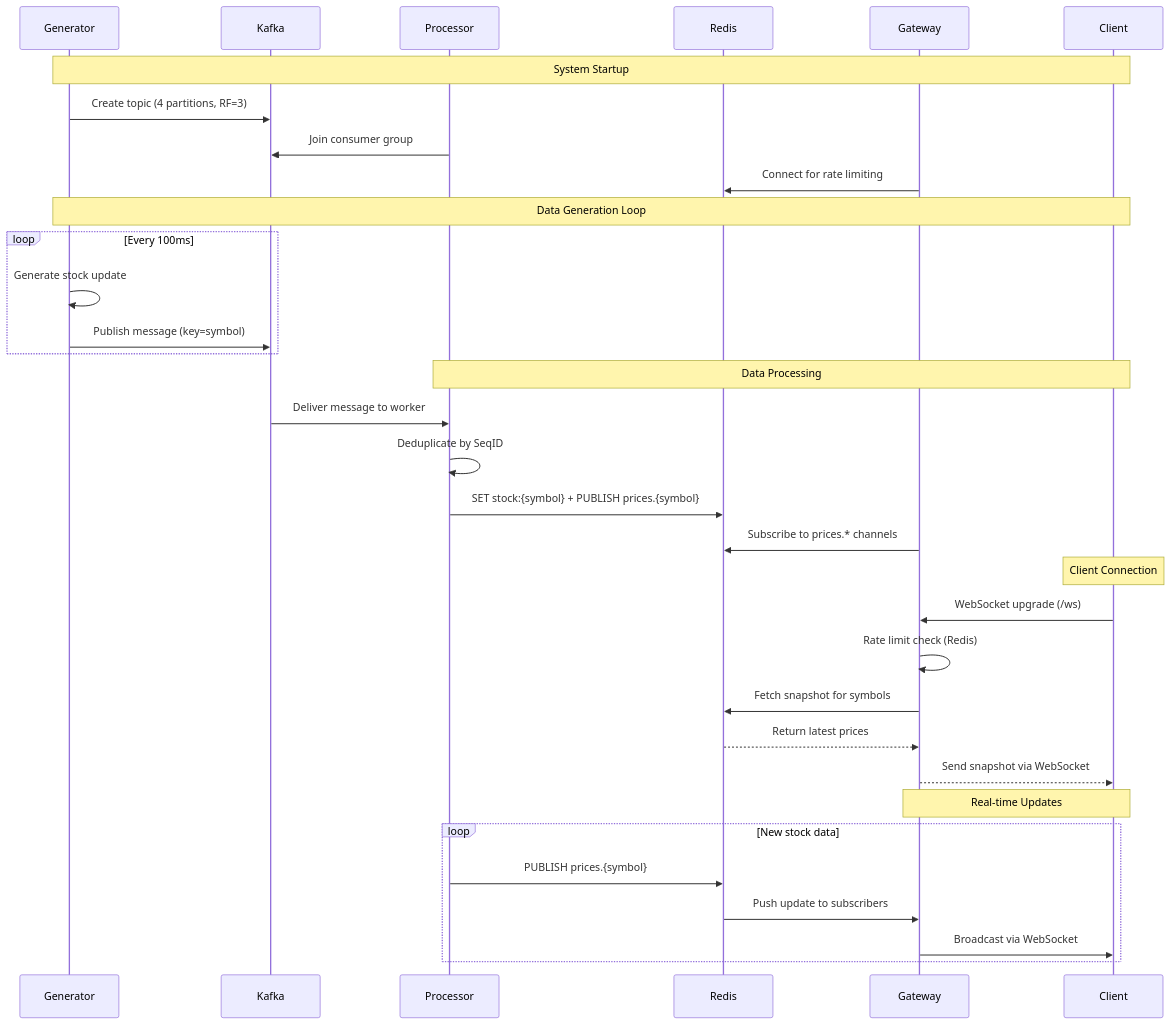
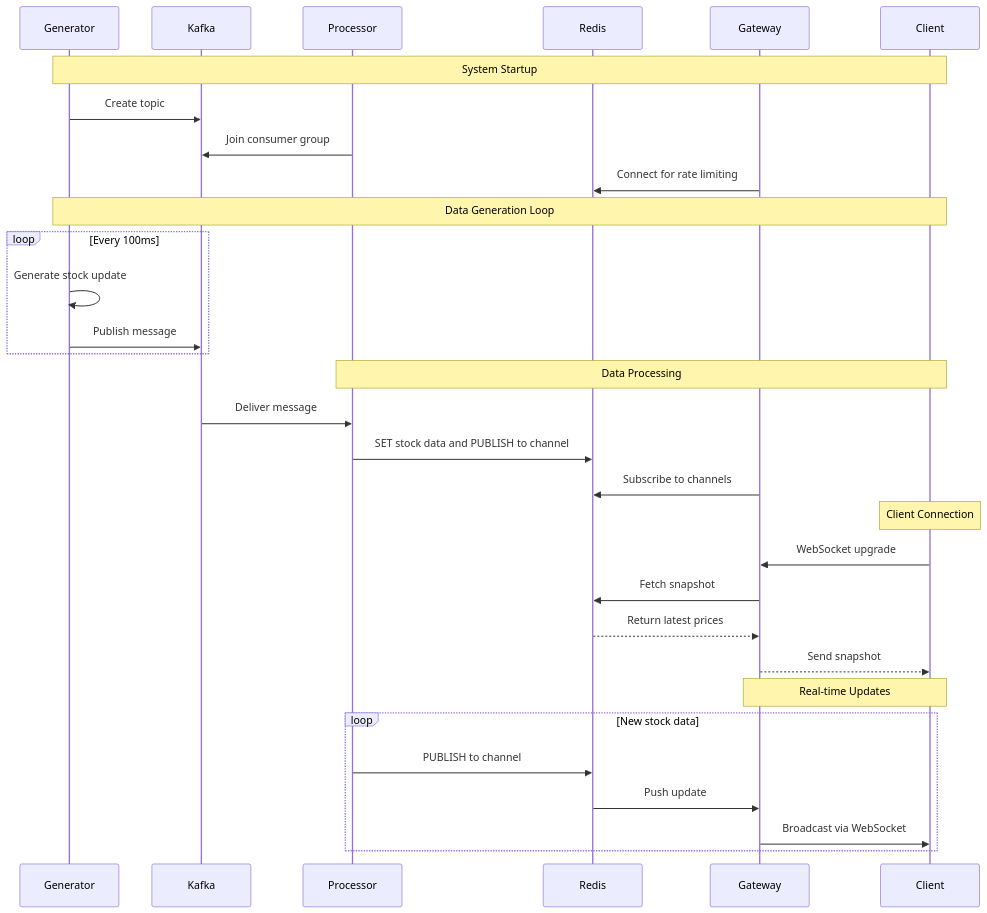
Before and after one commit to shubham-shewale/stock-watchlist-system: the diagram in README.md, drawn with Mermaid. The commit also changed other lines of this file and 29 other files, not shown here.

````diff
--- a/README.md
+++ b/README.md
@@ -15,40 +26,38 @@
 ```mermaid
 sequenceDiagram
     participant G as Generator
     participant K as Kafka
     participant P as Processor
     participant R as Redis
     participant GW as Gateway
     participant C as Client
 
     Note over G,C: System Startup
-    G->>K: Create topic (4 partitions, RF=3)
+    G->>K: Create topic
     P->>K: Join consumer group
     GW->>R: Connect for rate limiting
 
     Note over G,C: Data Generation Loop
     loop Every 100ms
         G->>G: Generate stock update
-        G->>K: Publish message (key=symbol)
+        G->>K: Publish message
     end
 
     Note over P,C: Data Processing
-    K->>P: Deliver message to worker
-    P->>P: Deduplicate by SeqID
-    P->>R: SET stock:{symbol} + PUBLISH prices.{symbol}
-    GW->>R: Subscribe to prices.* channels
+    K->>P: Deliver message
+    P->>R: SET stock data and PUBLISH to channel
+    GW->>R: Subscribe to channels
 
     Note over C,C: Client Connection
-    C->>GW: WebSocket upgrade (/ws)
-    GW->>GW: Rate limit check (Redis)
-    GW->>R: Fetch snapshot for symbols
+    C->>GW: WebSocket upgrade
+    GW->>R: Fetch snapshot
     R-->>GW: Return latest prices
-    GW-->>C: Send snapshot via WebSocket
+    GW-->>C: Send snapshot
 
     Note over GW,C: Real-time Updates
     loop New stock data
-        P->>R: PUBLISH prices.{symbol}
-        R->>GW: Push update to subscribers
+        P->>R: PUBLISH to channel
+        R->>GW: Push update
         GW->>C: Broadcast via WebSocket
     end
 ```
````
